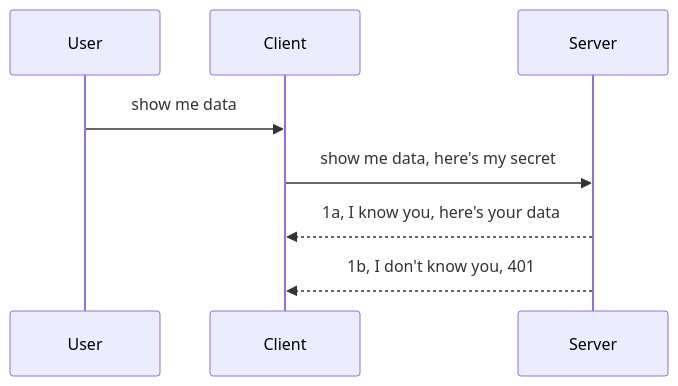
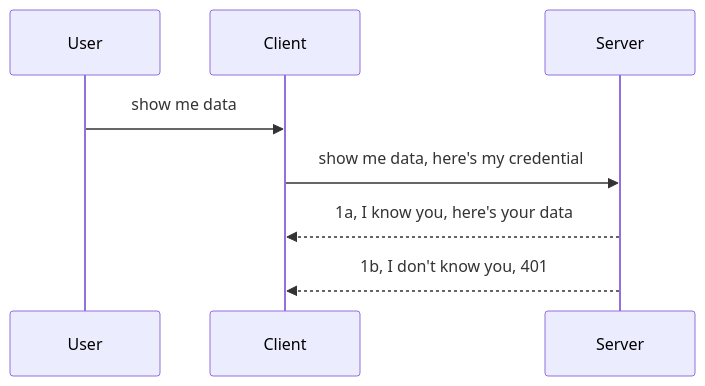
Before and after one commit to mkader/mcp-for-beginners: the first of 2 diagrams in 03-GettingStarted/13-simple-auth/README.md, drawn with Mermaid. The commit also changed other lines of this file, not shown here.

````diff
--- a/03-GettingStarted/13-simple-auth/README.md
+++ b/03-GettingStarted/13-simple-auth/README.md
@@ -24,11 +24,11 @@
 ```mermaid
 sequenceDiagram
    participant User
    participant Client
    participant Server
 
    User->>Client: show me data
-   Client->>Server: show me data, here's my secret
+   Client->>Server: show me data, here's my credential
    Server-->>Client: 1a, I know you, here's your data
    Server-->>Client: 1b, I don't know you, 401 
 ```
````
